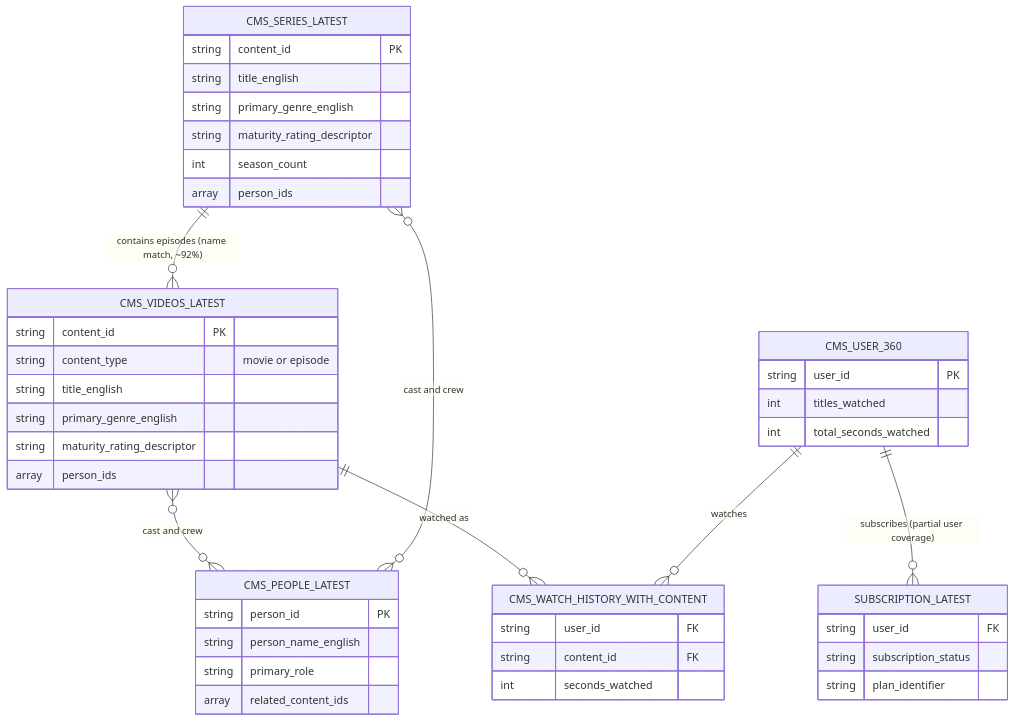
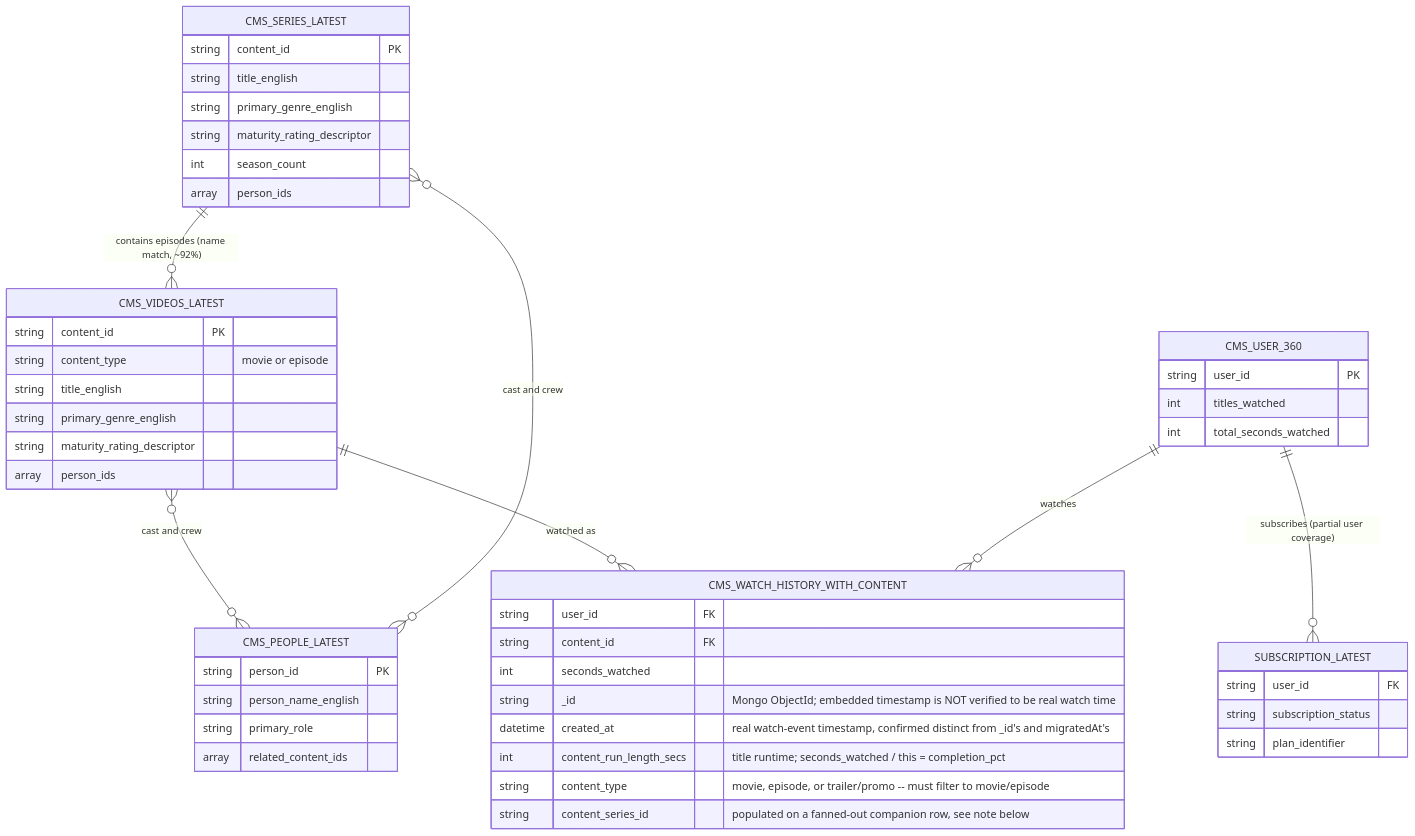
One commit to sayantan-guha/content-recommendation changed the diagram in docs/SCHEMA.md. Above: the diagram before and after it, drawn with Mermaid. The commit also changed other lines of this file and 5 other files, not shown here.

First line of the commit message:
Update all docs to reflect current CF-based production architecture

````diff
--- a/docs/SCHEMA.md
+++ b/docs/SCHEMA.md
@@ -5,47 +7,52 @@
 ```mermaid
 erDiagram
   CMS_SERIES_LATEST {
     string content_id PK
     string title_english
     string primary_genre_english
     string maturity_rating_descriptor
     int season_count
     array person_ids
   }
   CMS_VIDEOS_LATEST {
     string content_id PK
     string content_type "movie or episode"
     string title_english
     string primary_genre_english
     string maturity_rating_descriptor
     array person_ids
   }
   CMS_PEOPLE_LATEST {
     string person_id PK
     string person_name_english
     string primary_role
     array related_content_ids
   }
   CMS_WATCH_HISTORY_WITH_CONTENT {
     string user_id FK
     string content_id FK
     int seconds_watched
+    string _id "Mongo ObjectId; embedded timestamp is NOT verified to be real watch time"
+    datetime created_at "real watch-event timestamp, confirmed distinct from _id's and migratedAt's"
+    int content_run_length_secs "title runtime; seconds_watched / this = completion_pct"
+    string content_type "movie, episode, or trailer/promo -- must filter to movie/episode"
+    string content_series_id "populated on a fanned-out companion row, see note below"
   }
   CMS_USER_360 {
     string user_id PK
     int titles_watched
     int total_seconds_watched
   }
   SUBSCRIPTION_LATEST {
     string user_id FK
     string subscription_status
     string plan_identifier
   }
 
   CMS_SERIES_LATEST ||--o{ CMS_VIDEOS_LATEST : "contains episodes (name match, ~92%)"
   CMS_VIDEOS_LATEST }o--o{ CMS_PEOPLE_LATEST : "cast and crew"
   CMS_SERIES_LATEST }o--o{ CMS_PEOPLE_LATEST : "cast and crew"
   CMS_VIDEOS_LATEST ||--o{ CMS_WATCH_HISTORY_WITH_CONTENT : "watched as"
   CMS_USER_360 ||--o{ CMS_WATCH_HISTORY_WITH_CONTENT : "watches"
   CMS_USER_360 ||--o{ SUBSCRIPTION_LATEST : "subscribes (partial user coverage)"
 ```
````
